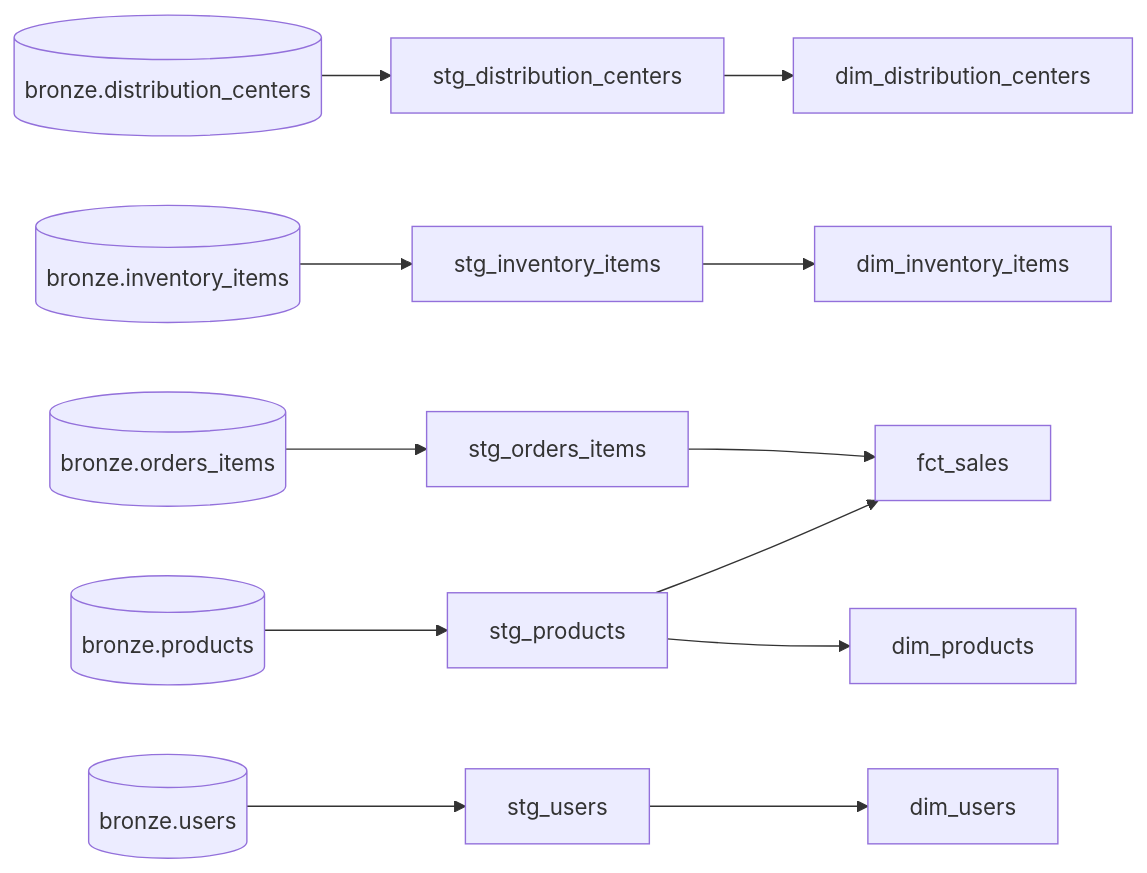
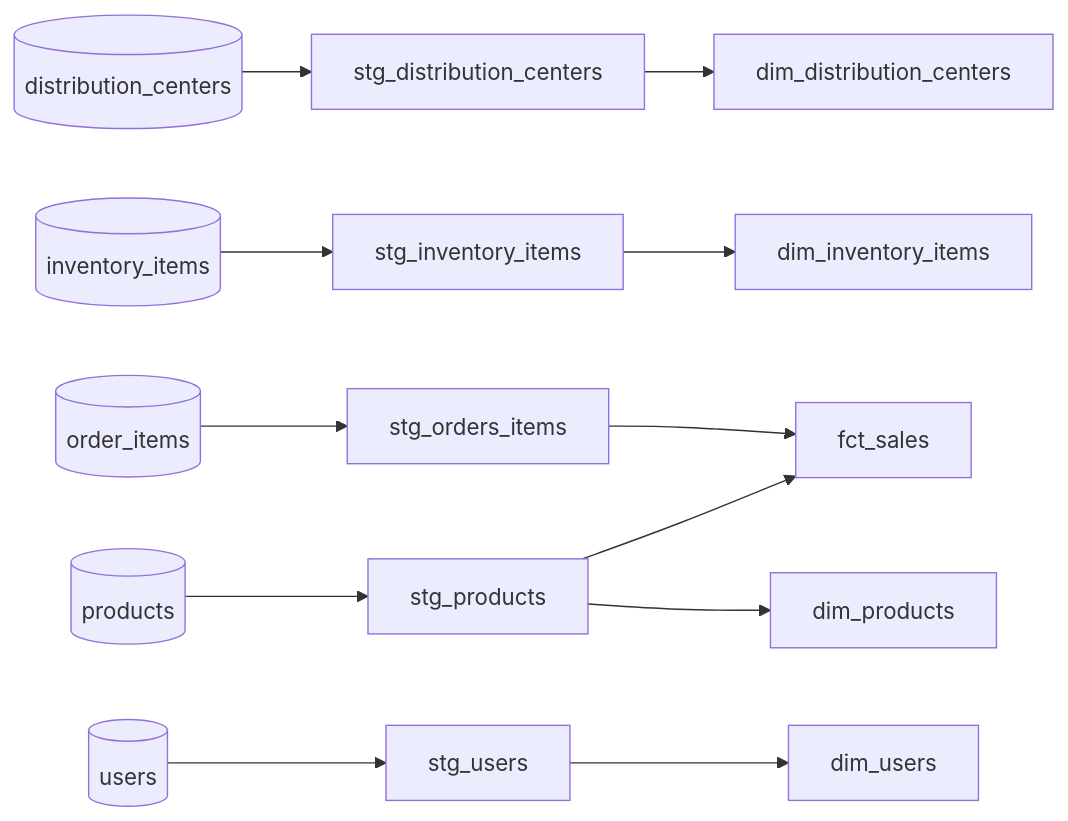
The second of 2 diagrams in README.md (FernandaCladera/data-platform), drawn with Mermaid before and after one commit. The commit also changed other lines of this file, not shown here.

````diff
--- a/README.md
+++ b/README.md
@@ -183,9 +130,9 @@
 ```mermaid
 flowchart LR
-    s1[(bronze.distribution_centers)] --> stg1[stg_distribution_centers] --> d1[dim_distribution_centers]
-    s2[(bronze.inventory_items)] --> stg2[stg_inventory_items] --> d2[dim_inventory_items]
-    s3[(bronze.orders_items)] --> stg3[stg_orders_items] --> f[fct_sales]
-    s4[(bronze.products)] --> stg4[stg_products] --> d4[dim_products]
-    stg4 --> f
-    s5[(bronze.users)] --> stg5[stg_users] --> d5[dim_users]
+    DC[(distribution_centers)] --> SDC[stg_distribution_centers] --> DDC[dim_distribution_centers]
+    INV[(inventory_items)] --> SINV[stg_inventory_items] --> DINV[dim_inventory_items]
+    OI[(order_items)] --> SOI[stg_orders_items] --> F[fct_sales]
+    P[(products)] --> SP[stg_products] --> DP[dim_products]
+    SP --> F
+    U[(users)] --> SU[stg_users] --> DU[dim_users]
 ```
````
